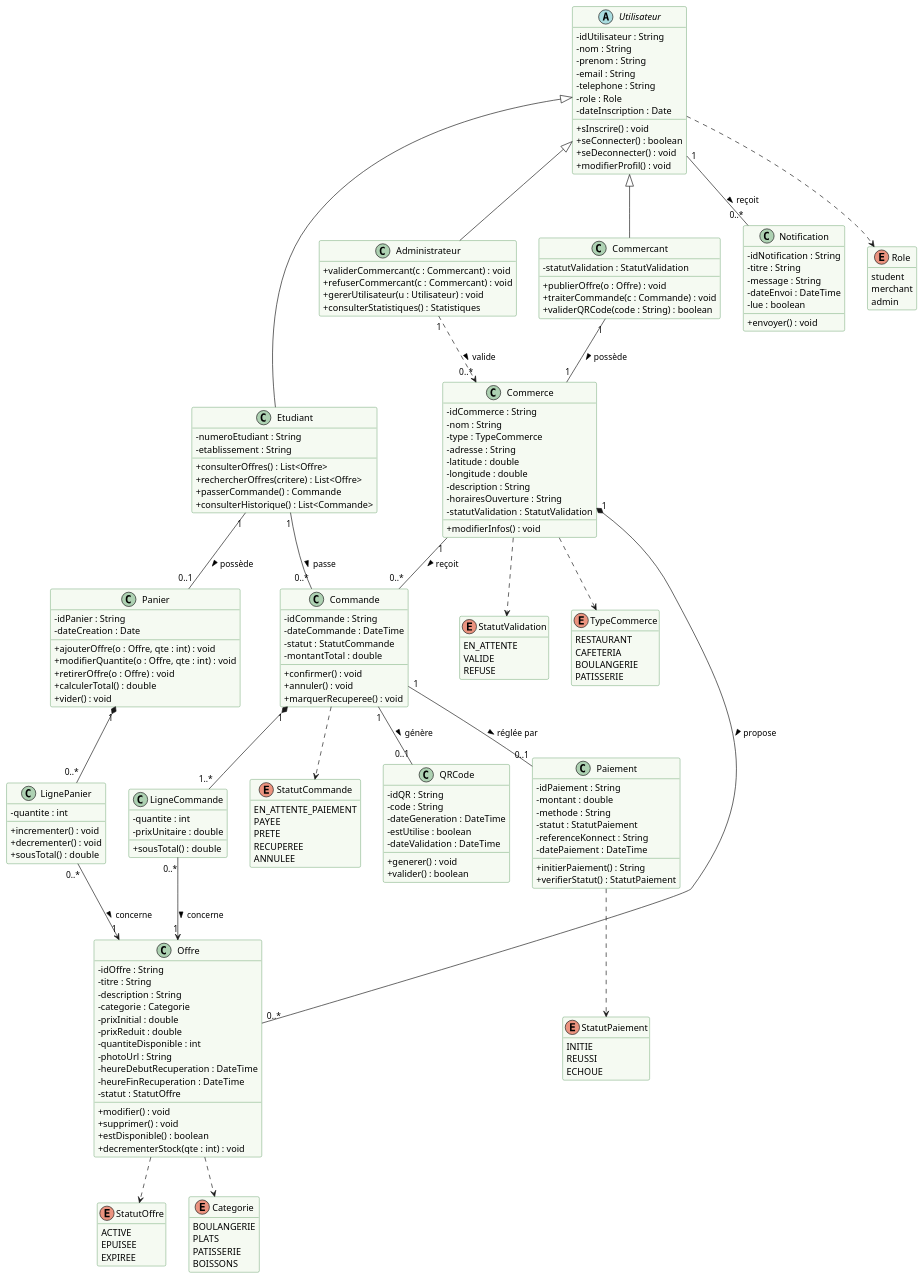
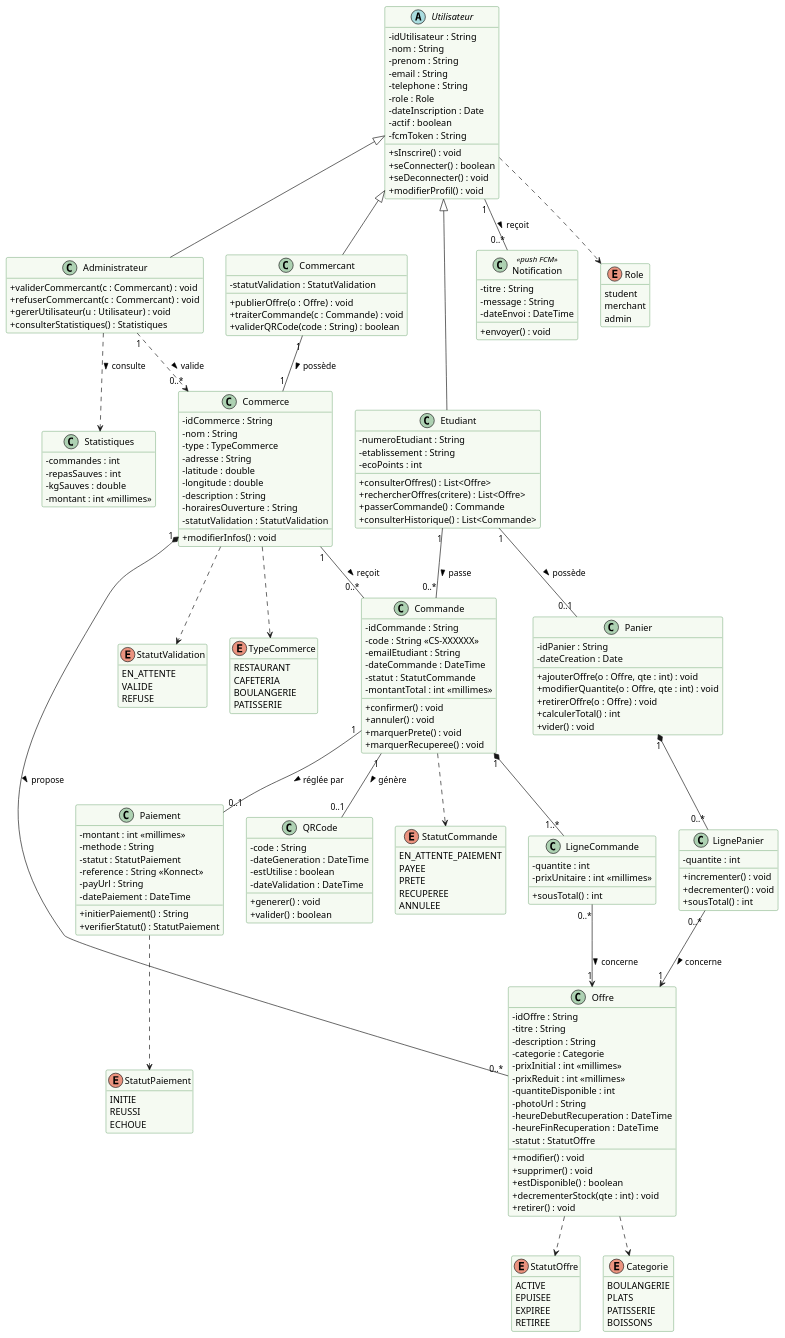
One commit to RanimObaia/CAMPUSSAVE changed the diagram in docs/uml/classes.puml. Above: the diagram before and after it, drawn with PlantUML. The commit also changed 63 other files, not shown here.

Commit message:
Finition : design final, stats, seed, rapport et UML a jour

```diff
--- a/docs/uml/classes.puml
+++ b/docs/uml/classes.puml
@@ -15,6 +15,8 @@
   - telephone : String
   - role : Role
   - dateInscription : Date
+  - actif : boolean
+  - fcmToken : String
   + sInscrire() : void
   + seConnecter() : boolean
   + seDeconnecter() : void
@@ -24,6 +26,7 @@
 class Etudiant {
   - numeroEtudiant : String
   - etablissement : String
+  - ecoPoints : int
   + consulterOffres() : List<Offre>
   + rechercherOffres(critere) : List<Offre>
   + passerCommande() : Commande
@@ -62,8 +65,8 @@
   - titre : String
   - description : String
   - categorie : Categorie
-  - prixInitial : double
-  - prixReduit : double
+  - prixInitial : int <<millimes>>
+  - prixReduit : int <<millimes>>
   - quantiteDisponible : int
   - photoUrl : String
   - heureDebutRecuperation : DateTime
@@ -73,6 +76,7 @@
   + supprimer() : void
   + estDisponible() : boolean
   + decrementerStock(qte : int) : void
+  + retirer() : void
 }
 
 class Panier {
@@ -81,7 +85,7 @@
   + ajouterOffre(o : Offre, qte : int) : void
   + modifierQuantite(o : Offre, qte : int) : void
   + retirerOffre(o : Offre) : void
-  + calculerTotal() : double
+  + calculerTotal() : int
   + vider() : void
 }
 
@@ -89,38 +93,40 @@
   - quantite : int
   + incrementer() : void
   + decrementer() : void
-  + sousTotal() : double
+  + sousTotal() : int
 }
 
 class Commande {
   - idCommande : String
+  - code : String <<CS-XXXXXX>>
+  - emailEtudiant : String
   - dateCommande : DateTime
   - statut : StatutCommande
-  - montantTotal : double
+  - montantTotal : int <<millimes>>
   + confirmer() : void
   + annuler() : void
+  + marquerPrete() : void
   + marquerRecuperee() : void
 }
 
 class LigneCommande {
   - quantite : int
-  - prixUnitaire : double
-  + sousTotal() : double
+  - prixUnitaire : int <<millimes>>
+  + sousTotal() : int
 }
 
 class Paiement {
-  - idPaiement : String
-  - montant : double
+  - montant : int <<millimes>>
   - methode : String
   - statut : StatutPaiement
-  - referenceKonnect : String
+  - reference : String <<Konnect>>
+  - payUrl : String
   - datePaiement : DateTime
   + initierPaiement() : String
   + verifierStatut() : StatutPaiement
 }
 
 class QRCode {
-  - idQR : String
   - code : String
   - dateGeneration : DateTime
   - estUtilise : boolean
@@ -129,13 +135,18 @@
   + valider() : boolean
 }
 
-class Notification {
-  - idNotification : String
+class Notification <<push FCM>> {
   - titre : String
   - message : String
   - dateEnvoi : DateTime
-  - lue : boolean
   + envoyer() : void
+}
+
+class Statistiques {
+  - commandes : int
+  - repasSauves : int
+  - kgSauves : double
+  - montant : int <<millimes>>
 }
 
 enum Role {
@@ -158,6 +169,7 @@
   ACTIVE
   EPUISEE
   EXPIREE
+  RETIREE
 }
 enum StatutCommande {
   EN_ATTENTE_PAIEMENT
@@ -206,4 +218,5 @@
 Offre ..> Categorie
 Commande ..> StatutCommande
 Paiement ..> StatutPaiement
+Administrateur ..> Statistiques : consulte >
 @enduml
```
